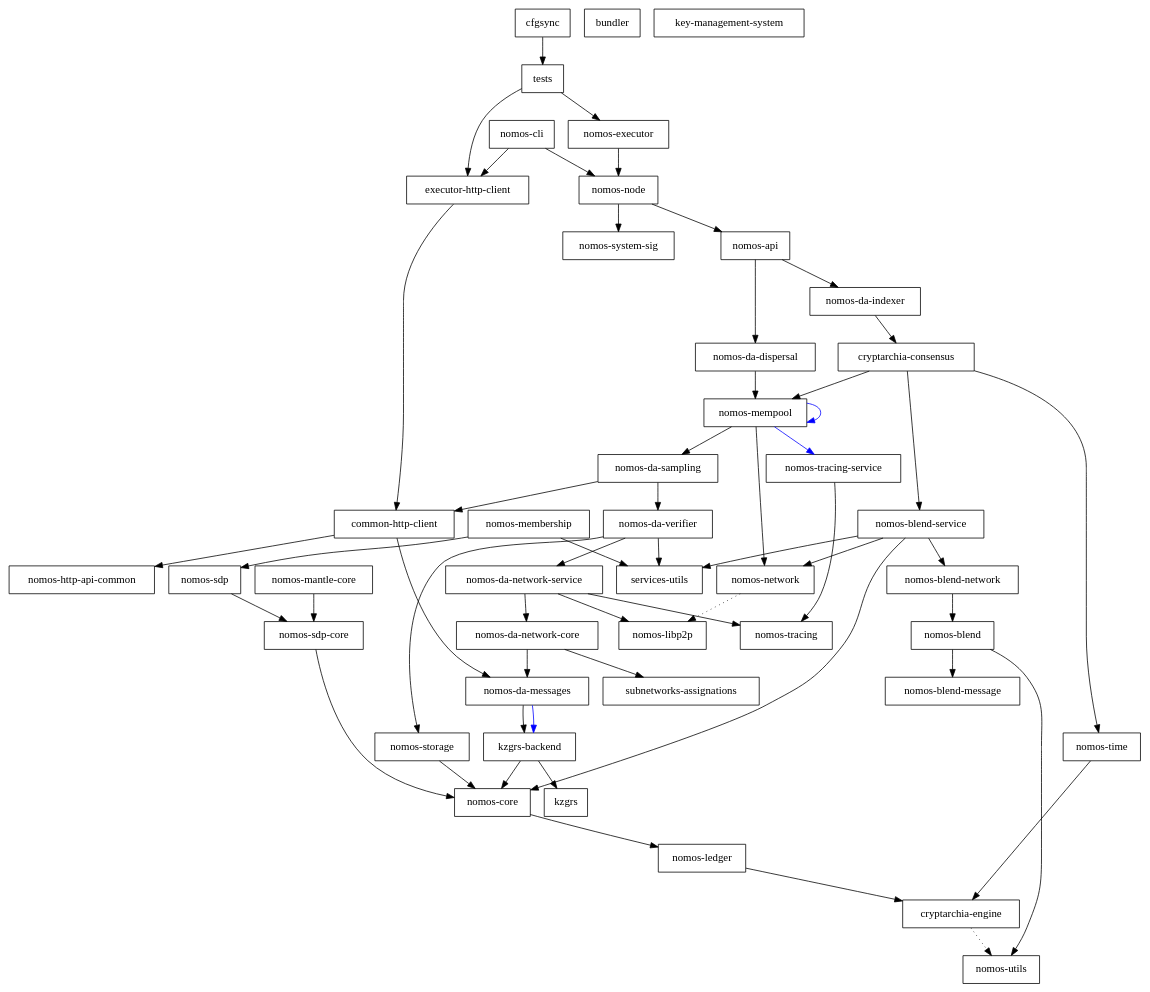
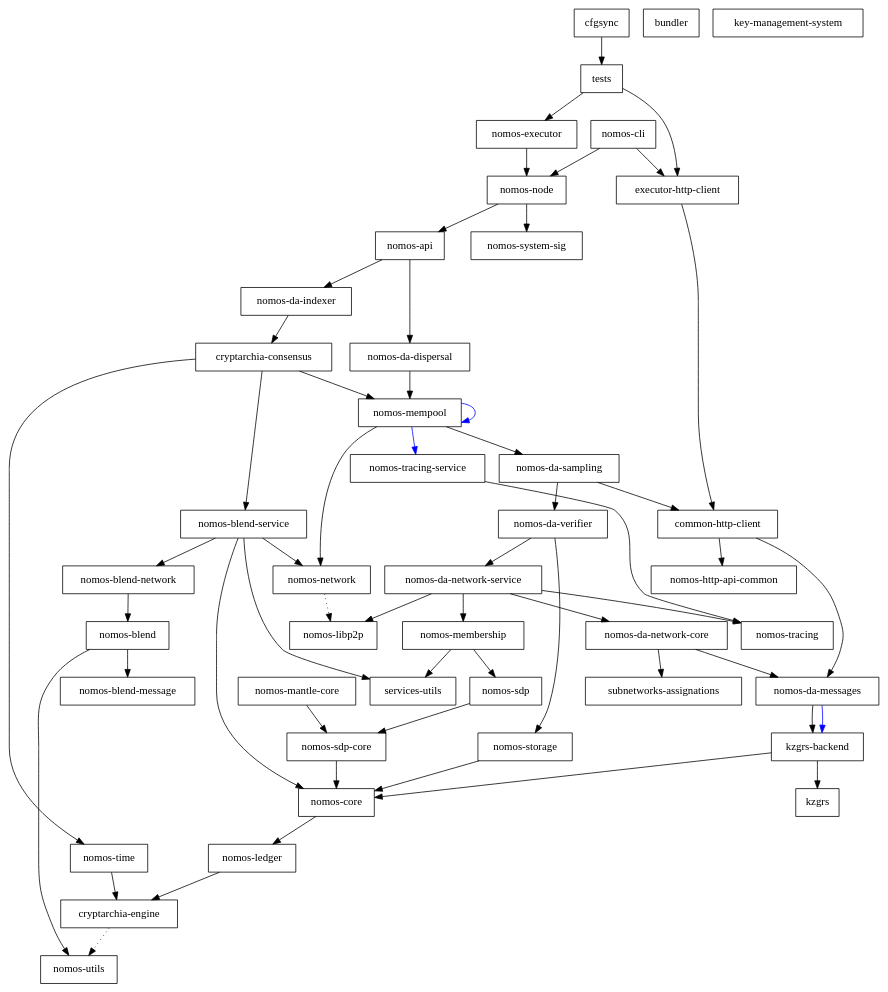
One commit to Astro521/logos-blockchain changed the diagram in dependencies_graph.dot. Above: the diagram before and after it, drawn with Graphviz.

```diff
--- a/dependencies_graph.dot
+++ b/dependencies_graph.dot
@@ -1,100 +1,100 @@
 digraph {
     0 [ label = "cryptarchia-engine" shape = box]
     1 [ label = "nomos-utils" shape = box]
     2 [ label = "nomos-ledger" shape = box]
     3 [ label = "nomos-http-api-common" shape = box]
     4 [ label = "nomos-executor" shape = box]
     5 [ label = "kzgrs-backend" shape = box]
     6 [ label = "kzgrs" shape = box]
     7 [ label = "nomos-core" shape = box]
     8 [ label = "nomos-api" shape = box]
     9 [ label = "cryptarchia-consensus" shape = box]
     10 [ label = "nomos-blend-service" shape = box]
     11 [ label = "nomos-blend" shape = box]
     12 [ label = "nomos-blend-message" shape = box]
     13 [ label = "nomos-blend-network" shape = box]
     14 [ label = "nomos-libp2p" shape = box]
     15 [ label = "nomos-network" shape = box]
     16 [ label = "services-utils" shape = box]
     17 [ label = "nomos-da-sampling" shape = box]
     18 [ label = "common-http-client" shape = box]
     19 [ label = "nomos-da-messages" shape = box]
     20 [ label = "nomos-da-network-core" shape = box]
     21 [ label = "subnetworks-assignations" shape = box]
     22 [ label = "nomos-da-network-service" shape = box]
-    23 [ label = "nomos-tracing" shape = box]
-    24 [ label = "nomos-da-verifier" shape = box]
-    25 [ label = "nomos-storage" shape = box]
-    26 [ label = "nomos-mempool" shape = box]
-    27 [ label = "nomos-tracing-service" shape = box]
-    28 [ label = "nomos-time" shape = box]
-    29 [ label = "nomos-da-dispersal" shape = box]
-    30 [ label = "nomos-da-indexer" shape = box]
-    31 [ label = "nomos-node" shape = box]
-    32 [ label = "nomos-system-sig" shape = box]
-    33 [ label = "executor-http-client" shape = box]
-    34 [ label = "bundler" shape = box]
-    35 [ label = "nomos-cli" shape = box]
-    36 [ label = "nomos-mantle-core" shape = box]
-    37 [ label = "nomos-sdp-core" shape = box]
-    38 [ label = "key-management-system" shape = box]
-    39 [ label = "nomos-membership" shape = box]
-    40 [ label = "nomos-sdp" shape = box]
+    23 [ label = "nomos-membership" shape = box]
+    24 [ label = "nomos-sdp" shape = box]
+    25 [ label = "nomos-sdp-core" shape = box]
+    26 [ label = "nomos-tracing" shape = box]
+    27 [ label = "nomos-da-verifier" shape = box]
+    28 [ label = "nomos-storage" shape = box]
+    29 [ label = "nomos-mempool" shape = box]
+    30 [ label = "nomos-tracing-service" shape = box]
+    31 [ label = "nomos-time" shape = box]
+    32 [ label = "nomos-da-dispersal" shape = box]
+    33 [ label = "nomos-da-indexer" shape = box]
+    34 [ label = "nomos-node" shape = box]
+    35 [ label = "nomos-system-sig" shape = box]
+    36 [ label = "executor-http-client" shape = box]
+    37 [ label = "bundler" shape = box]
+    38 [ label = "nomos-cli" shape = box]
+    39 [ label = "nomos-mantle-core" shape = box]
+    40 [ label = "key-management-system" shape = box]
     41 [ label = "cfgsync" shape = box]
     42 [ label = "tests" shape = box]
     0 -> 1 [ style = dotted]
     2 -> 0 [ ]
-    4 -> 31 [ ]
+    4 -> 34 [ ]
     5 -> 6 [ ]
     5 -> 7 [ ]
     7 -> 2 [ ]
-    8 -> 29 [ ]
-    8 -> 30 [ ]
+    8 -> 32 [ ]
+    8 -> 33 [ ]
     9 -> 10 [ ]
-    9 -> 26 [ ]
-    9 -> 28 [ ]
+    9 -> 29 [ ]
+    9 -> 31 [ ]
     10 -> 13 [ ]
     10 -> 7 [ ]
     10 -> 15 [ ]
     10 -> 16 [ ]
     11 -> 12 [ ]
     11 -> 1 [ ]
     13 -> 11 [ ]
     15 -> 14 [ style = dotted]
     17 -> 18 [ ]
-    17 -> 24 [ ]
+    17 -> 27 [ ]
     18 -> 19 [ ]
     18 -> 3 [ ]
     19 -> 5 [ ]
     19 -> 5 [ color = blue]
     20 -> 19 [ ]
     20 -> 21 [ ]
     22 -> 20 [ ]
     22 -> 14 [ ]
     22 -> 23 [ ]
-    24 -> 22 [ ]
+    22 -> 26 [ ]
+    23 -> 24 [ ]
+    23 -> 16 [ ]
     24 -> 25 [ ]
-    24 -> 16 [ ]
     25 -> 7 [ ]
-    26 -> 17 [ ]
-    26 -> 26 [ color = blue]
-    26 -> 15 [ ]
-    26 -> 27 [ color = blue]
-    27 -> 23 [ ]
-    28 -> 0 [ ]
-    29 -> 26 [ ]
-    30 -> 9 [ ]
-    31 -> 8 [ ]
-    31 -> 32 [ ]
-    33 -> 18 [ ]
-    35 -> 33 [ ]
-    35 -> 31 [ ]
-    36 -> 37 [ ]
-    37 -> 7 [ ]
-    39 -> 40 [ ]
-    39 -> 16 [ ]
-    40 -> 37 [ ]
+    27 -> 22 [ ]
+    27 -> 28 [ ]
+    28 -> 7 [ ]
+    29 -> 17 [ ]
+    29 -> 29 [ color = blue]
+    29 -> 15 [ ]
+    29 -> 30 [ color = blue]
+    30 -> 26 [ ]
+    31 -> 0 [ ]
+    32 -> 29 [ ]
+    33 -> 9 [ ]
+    34 -> 8 [ ]
+    34 -> 35 [ ]
+    36 -> 18 [ ]
+    38 -> 36 [ ]
+    38 -> 34 [ ]
+    39 -> 25 [ ]
     41 -> 42 [ ]
-    42 -> 33 [ ]
+    42 -> 36 [ ]
     42 -> 4 [ ]
 }
```
